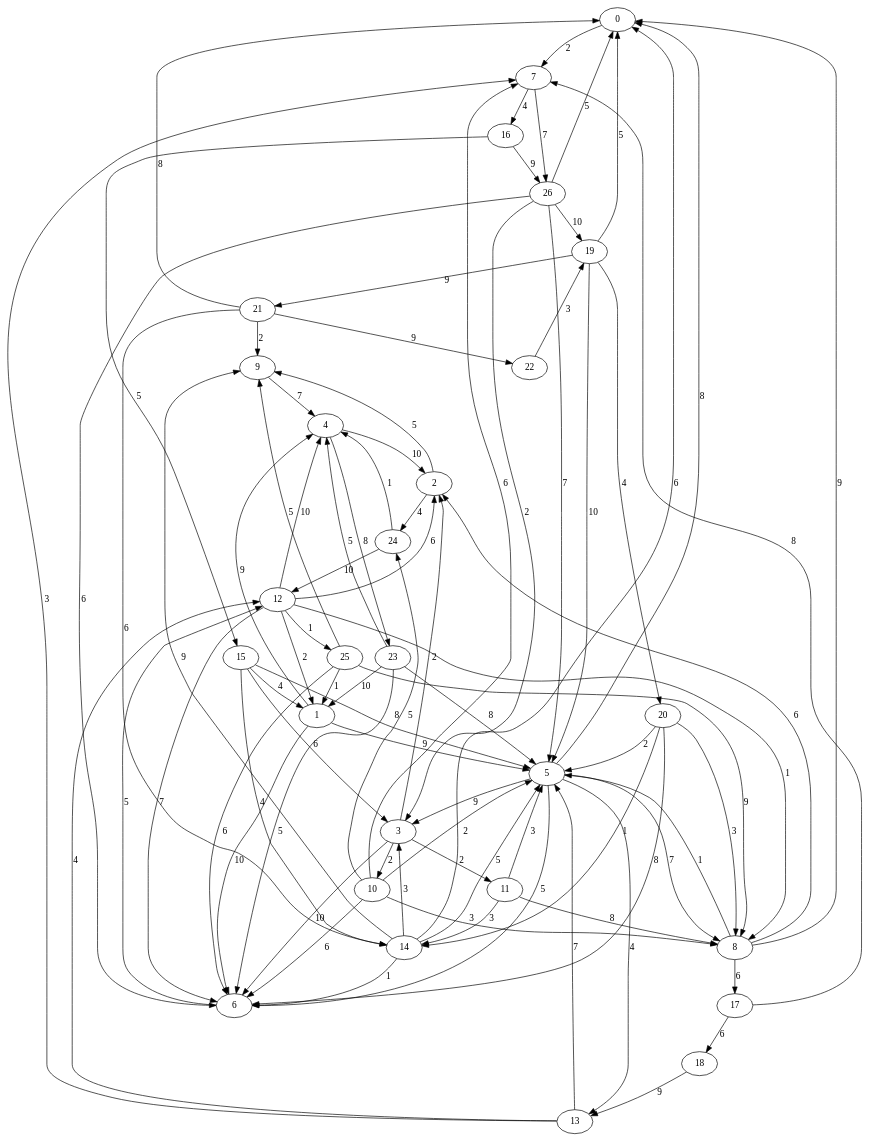
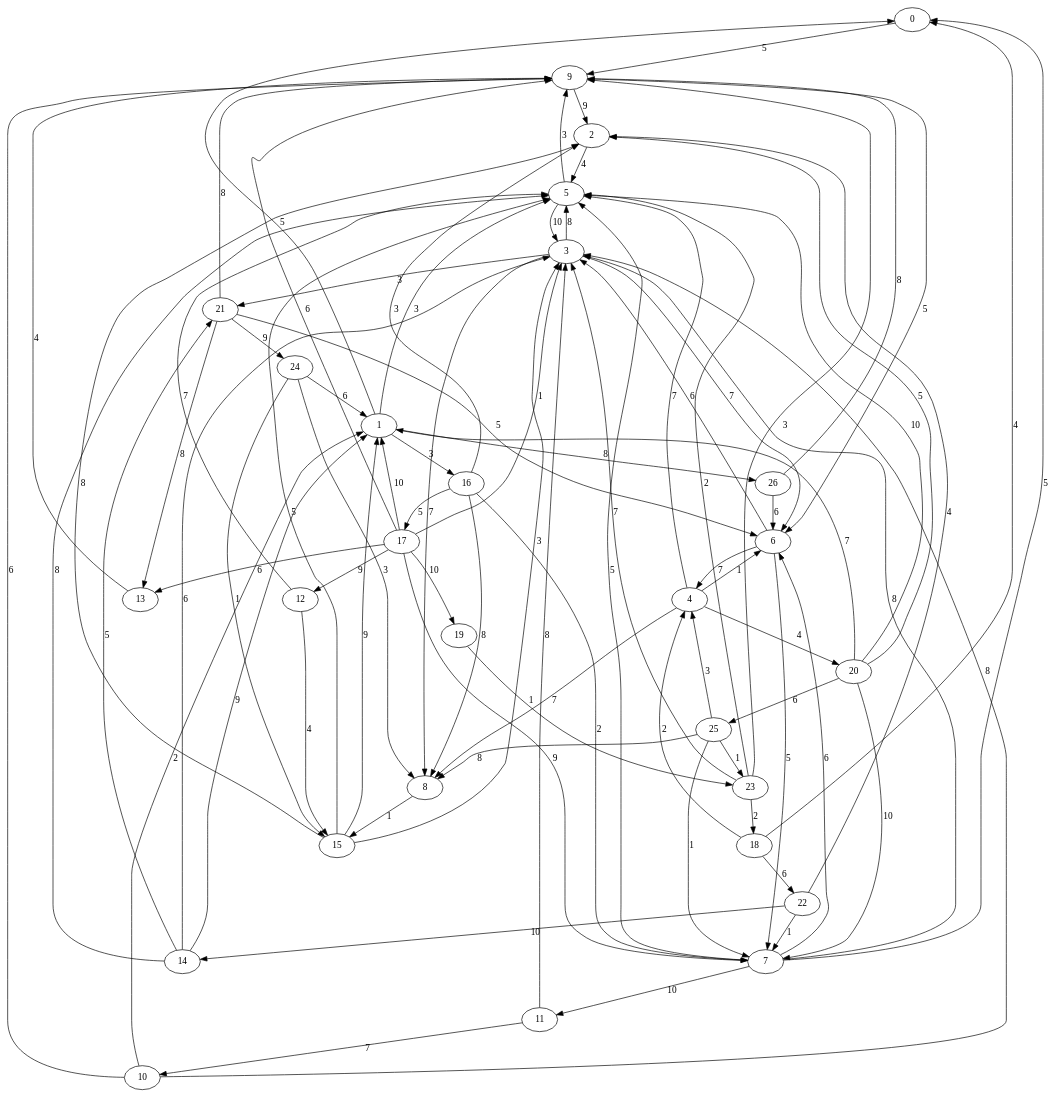
The diagram in output/grafo.dot (CycleWs/airways-graphs), drawn with Graphviz before and after one commit. The commit also changed 4 other files, not shown here.

```diff
--- a/output/grafo.dot
+++ b/output/grafo.dot
@@ -1,86 +1,85 @@
 digraph {
-0 -> 7 [label=2]
-1 -> 4 [label=9]
-1 -> 5 [label=9]
-1 -> 6 [label=10]
-2 -> 9 [label=5]
-2 -> 24 [label=4]
-3 -> 2 [label=2]
-3 -> 6 [label=10]
-3 -> 10 [label=2]
-3 -> 11 [label=2]
-4 -> 2 [label=10]
-4 -> 23 [label=8]
-5 -> 0 [label=8]
-5 -> 3 [label=9]
-5 -> 6 [label=5]
-5 -> 8 [label=7]
-5 -> 13 [label=4]
-6 -> 12 [label=5]
-7 -> 16 [label=4]
-7 -> 26 [label=7]
-8 -> 0 [label=9]
-8 -> 2 [label=6]
-8 -> 5 [label=1]
-8 -> 17 [label=6]
-9 -> 4 [label=7]
-10 -> 5 [label=2]
-10 -> 6 [label=6]
-10 -> 7 [label=6]
-10 -> 8 [label=3]
-10 -> 24 [label=5]
-11 -> 5 [label=3]
-11 -> 8 [label=8]
-11 -> 14 [label=3]
-12 -> 1 [label=2]
-12 -> 2 [label=6]
-12 -> 4 [label=10]
-12 -> 6 [label=7]
-12 -> 8 [label=1]
-12 -> 25 [label=1]
-13 -> 5 [label=7]
-13 -> 7 [label=3]
-13 -> 12 [label=4]
-14 -> 0 [label=6]
-14 -> 3 [label=3]
-14 -> 5 [label=5]
-14 -> 6 [label=1]
-14 -> 9 [label=9]
-15 -> 1 [label=4]
-15 -> 3 [label=6]
-15 -> 5 [label=8]
-15 -> 14 [label=4]
-16 -> 15 [label=5]
-16 -> 26 [label=9]
-17 -> 7 [label=8]
-17 -> 18 [label=6]
-18 -> 13 [label=9]
-19 -> 0 [label=5]
-19 -> 5 [label=10]
-19 -> 20 [label=4]
-19 -> 21 [label=9]
-20 -> 5 [label=2]
-20 -> 6 [label=8]
-20 -> 8 [label=3]
-20 -> 14 [label=1]
-21 -> 0 [label=8]
-21 -> 9 [label=2]
-21 -> 14 [label=6]
-21 -> 22 [label=9]
-22 -> 19 [label=3]
-23 -> 1 [label=10]
-23 -> 4 [label=5]
-23 -> 5 [label=8]
-23 -> 6 [label=5]
-24 -> 4 [label=1]
-24 -> 12 [label=10]
-25 -> 1 [label=1]
-25 -> 6 [label=6]
-25 -> 8 [label=9]
-25 -> 9 [label=5]
-26 -> 0 [label=5]
-26 -> 3 [label=2]
-26 -> 5 [label=7]
+0 -> 9 [label=5]
+1 -> 0 [label=5]
+1 -> 5 [label=3]
+1 -> 16 [label=3]
+1 -> 26 [label=8]
+2 -> 5 [label=4]
+3 -> 5 [label=8]
+3 -> 6 [label=7]
+3 -> 8 [label=7]
+3 -> 21 [label=3]
+4 -> 5 [label=7]
+4 -> 6 [label=1]
+4 -> 8 [label=7]
+4 -> 20 [label=4]
+5 -> 3 [label=10]
+5 -> 9 [label=3]
+6 -> 3 [label=6]
+6 -> 4 [label=7]
+6 -> 7 [label=5]
+7 -> 0 [label=5]
+7 -> 3 [label=8]
+7 -> 5 [label=5]
+7 -> 6 [label=6]
+7 -> 11 [label=10]
+8 -> 15 [label=1]
+9 -> 2 [label=9]
+9 -> 6 [label=5]
+10 -> 1 [label=2]
+10 -> 3 [label=8]
+10 -> 9 [label=6]
+11 -> 3 [label=8]
+11 -> 10 [label=7]
+12 -> 5 [label=7]
+12 -> 15 [label=4]
+13 -> 9 [label=4]
+14 -> 1 [label=9]
+14 -> 3 [label=6]
+14 -> 5 [label=8]
+14 -> 21 [label=5]
+15 -> 1 [label=9]
+15 -> 2 [label=8]
+15 -> 3 [label=3]
+15 -> 5 [label=5]
+16 -> 2 [label=3]
+16 -> 7 [label=2]
+16 -> 8 [label=8]
+16 -> 17 [label=5]
+17 -> 1 [label=10]
+17 -> 3 [label=1]
+17 -> 7 [label=9]
+17 -> 9 [label=6]
+17 -> 12 [label=9]
+17 -> 13 [label=6]
+17 -> 19 [label=10]
+18 -> 0 [label=4]
+18 -> 4 [label=2]
+18 -> 22 [label=6]
+19 -> 23 [label=1]
+20 -> 1 [label=7]
+20 -> 2 [label=5]
+20 -> 5 [label=10]
+20 -> 7 [label=10]
+20 -> 25 [label=6]
+21 -> 6 [label=5]
+21 -> 9 [label=8]
+21 -> 13 [label=8]
+21 -> 24 [label=9]
+22 -> 2 [label=4]
+22 -> 7 [label=1]
+22 -> 14 [label=10]
+23 -> 3 [label=7]
+23 -> 5 [label=2]
+23 -> 9 [label=3]
+23 -> 18 [label=2]
+24 -> 1 [label=6]
+24 -> 8 [label=3]
+24 -> 15 [label=1]
+25 -> 4 [label=3]
+25 -> 7 [label=1]
+25 -> 8 [label=8]
+25 -> 23 [label=1]
 26 -> 6 [label=6]
-26 -> 19 [label=10]
+26 -> 9 [label=8]
 }
```
